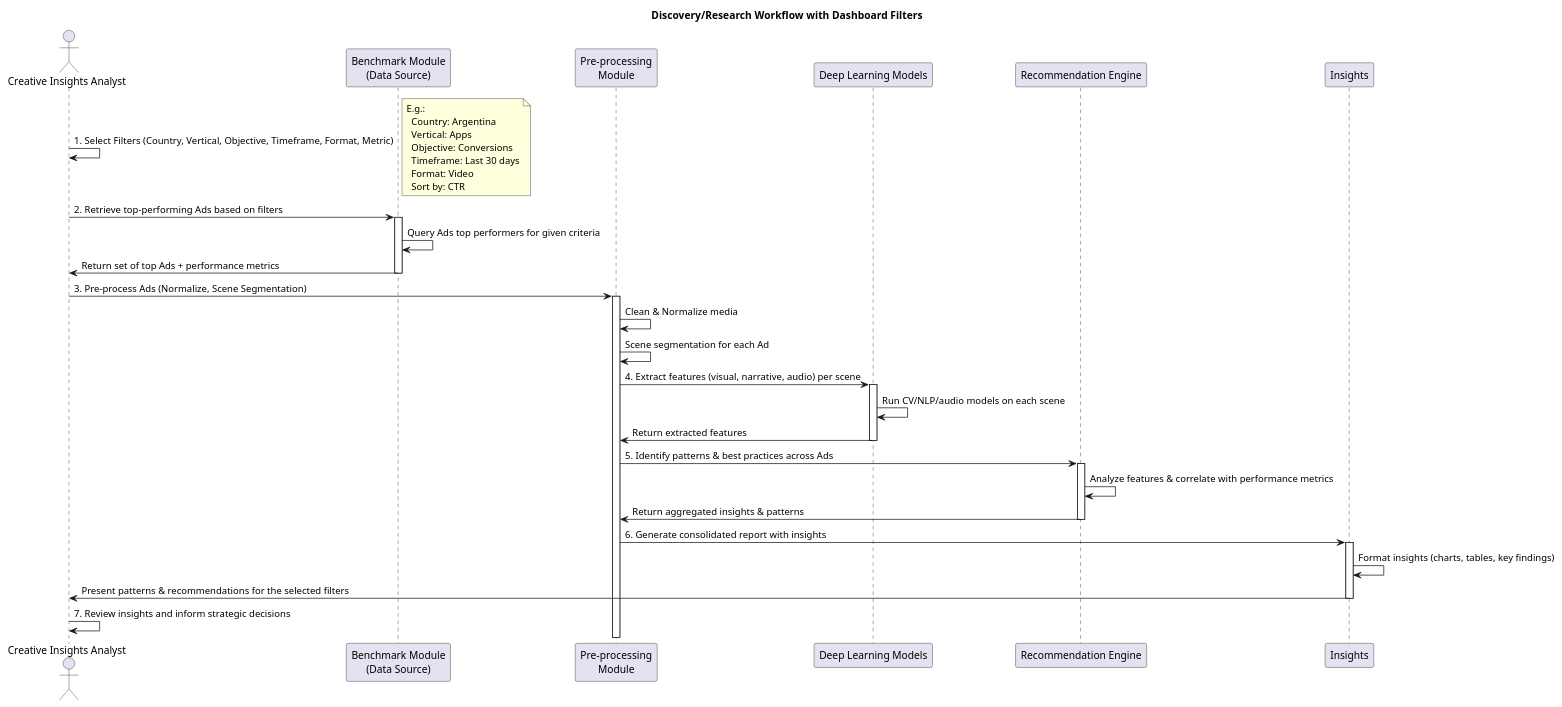
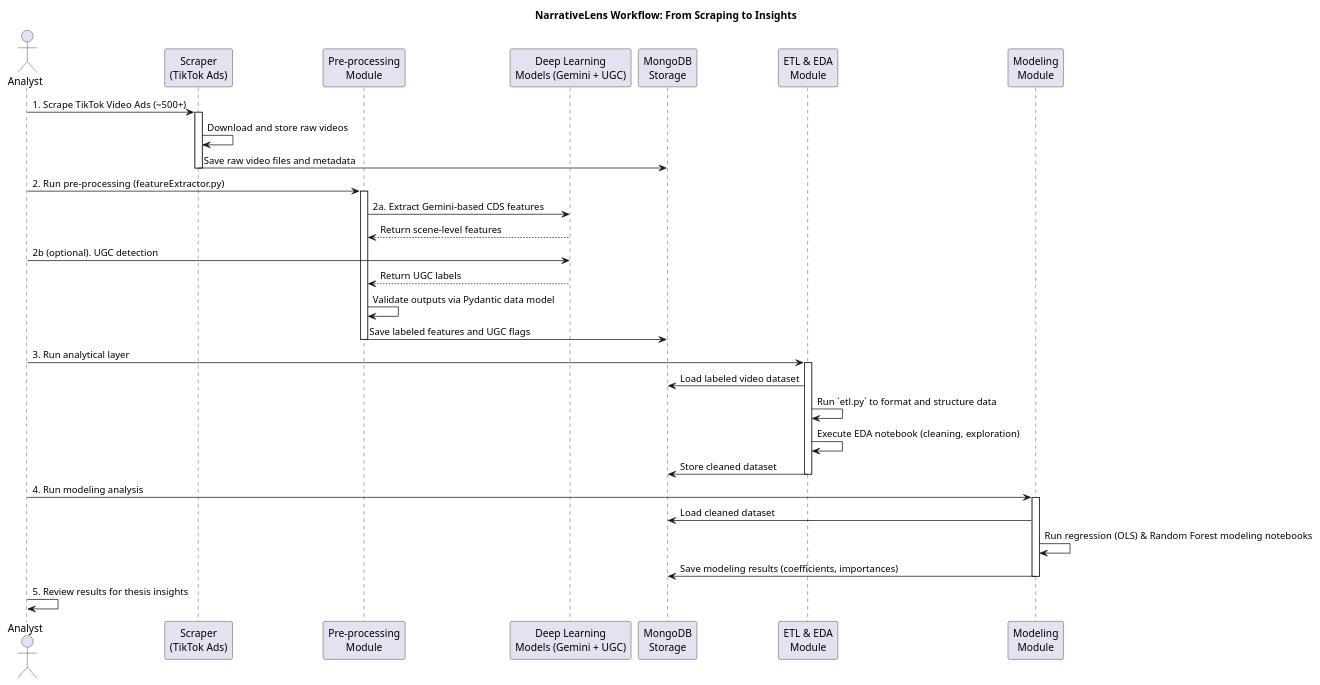
The diagram in docs/solution-architecture/.puml (camilojaure/NarrativeLens), drawn with PlantUML before and after one commit.

Commit message:
minor changes

```diff
--- a/docs/solution-architecture/.puml
+++ b/docs/solution-architecture/.puml
@@ -1,53 +1,44 @@
 @startuml
+title NarrativeLens Workflow: From Scraping to Insights
 
-title Discovery/Research Workflow with Dashboard Filters
+actor "Analyst" as User
+participant "Scraper\n(TikTok Ads)" as Scraper
+participant "Pre-processing\nModule" as PM
+participant "Deep Learning\nModels (Gemini + UGC)" as DLM
+participant "MongoDB\nStorage" as DB
+participant "ETL & EDA\nModule" as ED
+participant "Modeling\nModule" as MM
 
-actor "Creative Insights Analyst" as User
-participant "Benchmark Module\n(Data Source)" as BM
-participant "Pre-processing\nModule" as PM
-participant "Deep Learning Models" as DLM
-participant "Recommendation Engine" as RE
-participant "Insights" as IN
+User -> Scraper: 1. Scrape TikTok Video Ads (~500+)
+activate Scraper
+Scraper -> Scraper: Download and store raw videos
+Scraper -> DB: Save raw video files and metadata
+deactivate Scraper
 
-User -> User: 1. Select Filters (Country, Vertical, Objective, Timeframe, Format, Metric)
-note right
-  E.g.:
-    Country: Argentina
-    Vertical: Apps
-    Objective: Conversions
-    Timeframe: Last 30 days
-    Format: Video
-    Sort by: CTR
-end note
+User -> PM: 2. Run pre-processing (featureExtractor.py)
+activate PM
+PM -> DLM: 2a. Extract Gemini-based CDS features
+DLM --> PM: Return scene-level features
+User -> DLM: 2b (optional). UGC detection
+DLM --> PM: Return UGC labels
+PM -> PM: Validate outputs via Pydantic data model
+PM -> DB: Save labeled features and UGC flags
+deactivate PM
 
-User -> BM: 2. Retrieve top-performing Ads based on filters
-activate BM
-BM -> BM: Query Ads top performers for given criteria
-BM -> User: Return set of top Ads + performance metrics
-deactivate BM
+User -> ED: 3. Run analytical layer
+activate ED
+ED -> DB: Load labeled video dataset
+ED -> ED: Run `etl.py` to format and structure data
+ED -> ED: Execute EDA notebook (cleaning, exploration)
+ED -> DB: Store cleaned dataset
+deactivate ED
 
-User -> PM: 3. Pre-process Ads (Normalize, Scene Segmentation)
-activate PM
-PM -> PM: Clean & Normalize media
-PM -> PM: Scene segmentation for each Ad
-PM -> DLM: 4. Extract features (visual, narrative, audio) per scene
-activate DLM
-DLM -> DLM: Run CV/NLP/audio models on each scene
-DLM -> PM: Return extracted features
-deactivate DLM
+User -> MM: 4. Run modeling analysis
+activate MM
+MM -> DB: Load cleaned dataset
+MM -> MM: Run regression (OLS) & Random Forest modeling notebooks
+MM -> DB: Save modeling results (coefficients, importances)
+deactivate MM
 
-PM -> RE: 5. Identify patterns & best practices across Ads
-activate RE
-RE -> RE: Analyze features & correlate with performance metrics
-RE -> PM: Return aggregated insights & patterns
-deactivate RE
-
-PM -> IN: 6. Generate consolidated report with insights
-activate IN
-IN -> IN: Format insights (charts, tables, key findings)
-IN -> User: Present patterns & recommendations for the selected filters
-deactivate IN
-
-User -> User: 7. Review insights and inform strategic decisions
-
+User -> User: 5. Review results for thesis insights
 @enduml
```
